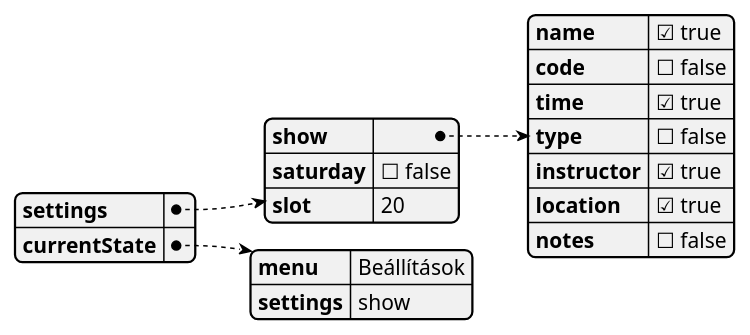
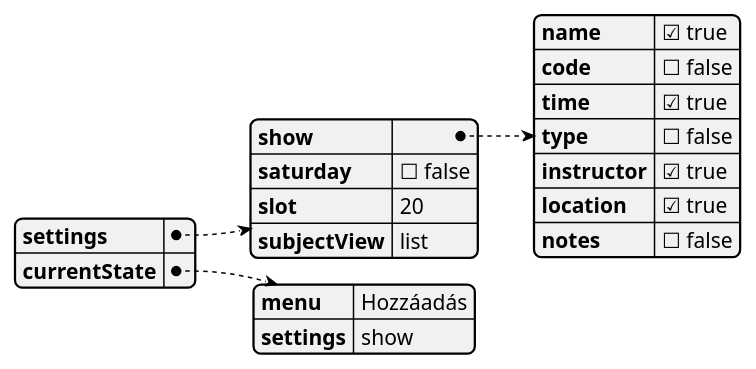
Before and after one commit to Vdor01/orarendtervezo: the diagram in uml/settings-json.puml, drawn with PlantUML. The commit also changed 24 other files, not shown here.

Commit message:
Added new diagrams, fixed old ones

```diff
--- a/uml/settings-json.puml
+++ b/uml/settings-json.puml
@@ -1,21 +1,22 @@
 @startjson state
 {
     "settings": {
         "show": {
             "name": true,
             "code": false,
             "time": true,
             "type": false,
             "instructor": true,
             "location": true,
             "notes": false
         },
         "saturday": false,
-        "slot": 20
+        "slot": 20,
+        "subjectView": "list"
     },
     "currentState": {
-        "menu": "Beállítások",
+        "menu": "Hozzáadás",
         "settings": "show"
     }
 }
 @endjson
```
